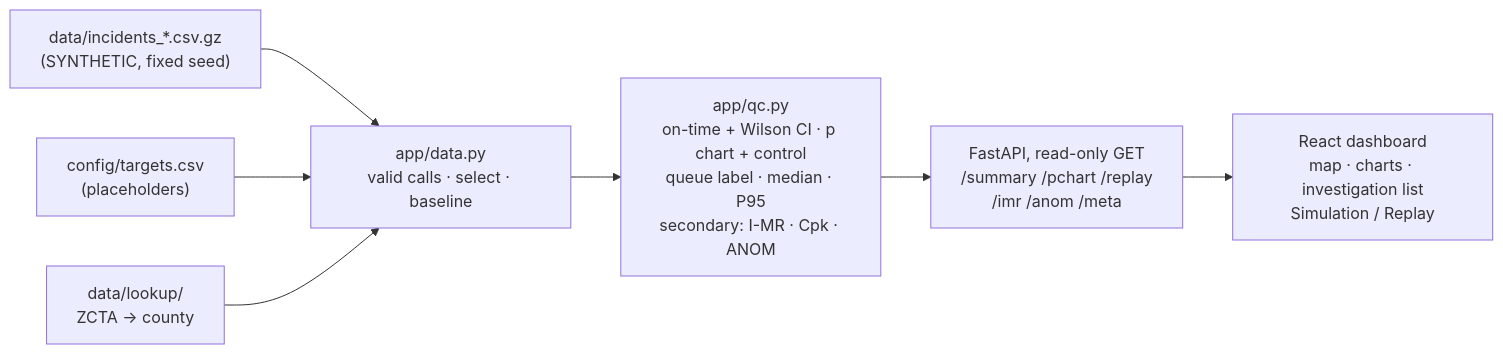
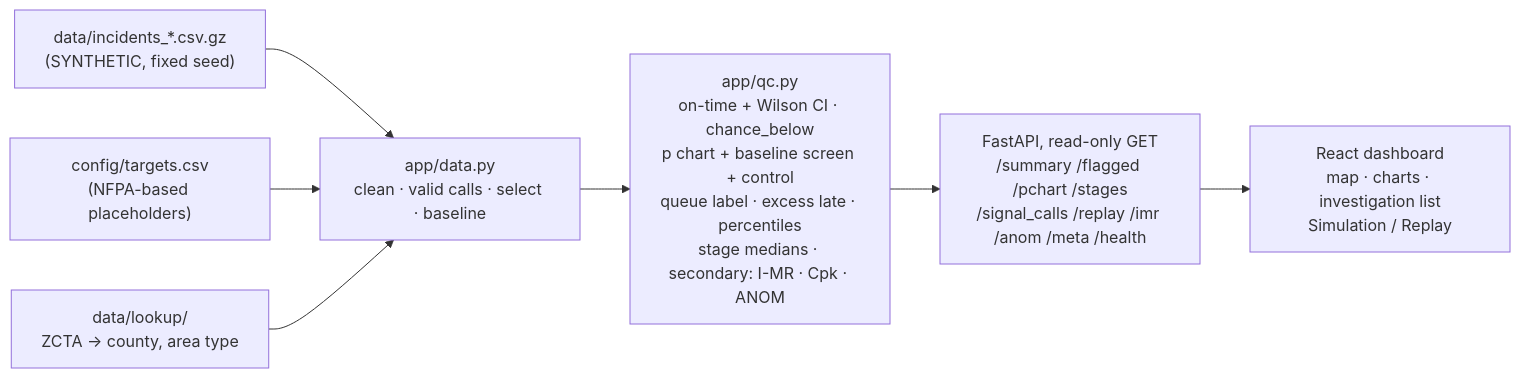
Before and after one commit to allyannap/sixsigma: the diagram in README.md, drawn with Mermaid. The commit also changed other lines of this file and 51 other files, not shown here.

````diff
--- a/README.md
+++ b/README.md
@@ -76,9 +93,9 @@
 ```mermaid
 flowchart LR
-  csv["data/incidents_*.csv.gz<br>(SYNTHETIC, fixed seed)"] --> dl["app/data.py<br>valid calls · select · baseline"]
-  tg["config/targets.csv<br>(placeholders)"] --> dl
-  lk["data/lookup/<br>ZCTA → county"] --> dl
-  dl --> qc["app/qc.py<br>on-time + Wilson CI · p chart + control<br>queue label · median · P95<br>secondary: I-MR · Cpk · ANOM"]
-  qc --> api["FastAPI, read-only GET<br>/summary /pchart /replay<br>/imr /anom /meta"]
+  csv["data/incidents_*.csv.gz<br>(SYNTHETIC, fixed seed)"] --> dl["app/data.py<br>clean · valid calls · select · baseline"]
+  tg["config/targets.csv<br>(NFPA-based placeholders)"] --> dl
+  lk["data/lookup/<br>ZCTA → county, area type"] --> dl
+  dl --> qc["app/qc.py<br>on-time + Wilson CI · chance_below<br>p chart + baseline screen + control<br>queue label · excess late · percentiles<br>stage medians · secondary: I-MR · Cpk · ANOM"]
+  qc --> api["FastAPI, read-only GET<br>/summary /flagged /pchart /stages<br>/signal_calls /replay /imr /anom /meta /health"]
   api --> ui["React dashboard<br>map · charts · investigation list<br>Simulation / Replay"]
 ```
````
